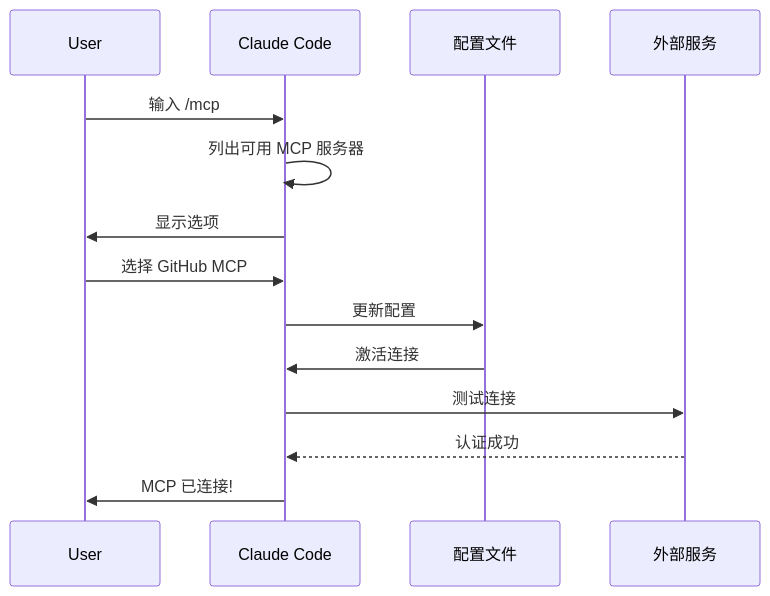
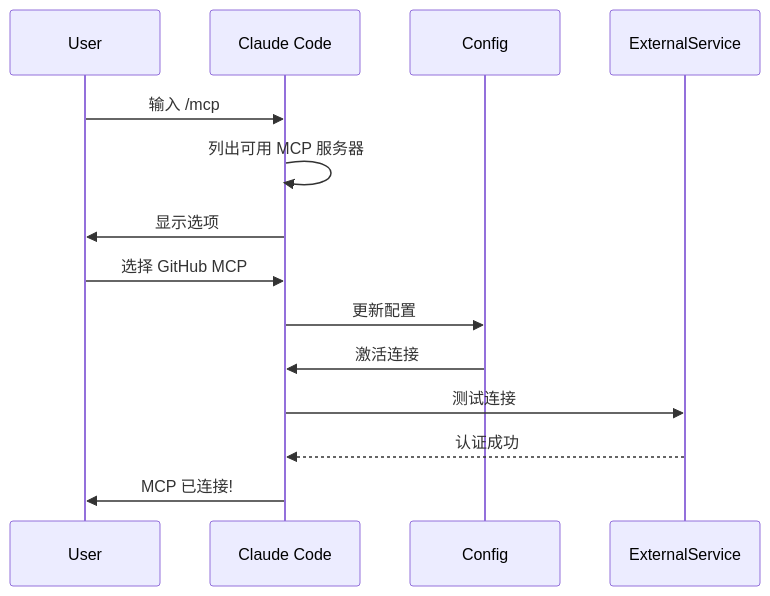
Before and after one commit to Rx782-Fss/claude-howto-zh: diagram 14 of 31 in claude-howto-zh/claude_concepts_guide.md, drawn with Mermaid. The commit also changed other lines of this file and 3 other files, not shown here.

First line of the commit message:
fix: 清除 sequenceDiagram 中 29处 as 中文别名

````diff
--- a/claude-howto-zh/claude_concepts_guide.md
+++ b/claude-howto-zh/claude_concepts_guide.md
@@ -980,17 +980,17 @@
 ```mermaid
 sequenceDiagram
     participant User
     participant Claude as Claude Code
-    participant Config as 配置文件
-    participant Service as 外部服务
+    participant Config as Config
+    participant Service as ExternalService
 
     User->>Claude: 输入 /mcp
     Claude->>Claude: 列出可用 MCP 服务器
     Claude->>User: 显示选项
     User->>Claude: 选择 GitHub MCP
     Claude->>Config: 更新配置
     Config->>Claude: 激活连接
     Claude->>Service: 测试连接
     Service-->>Claude: 认证成功
     Claude->>User:  MCP 已连接!
 ```
````
